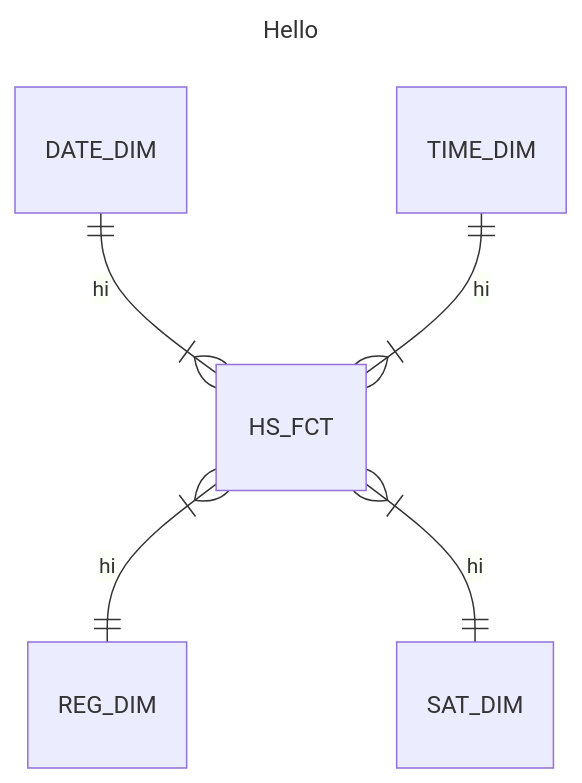
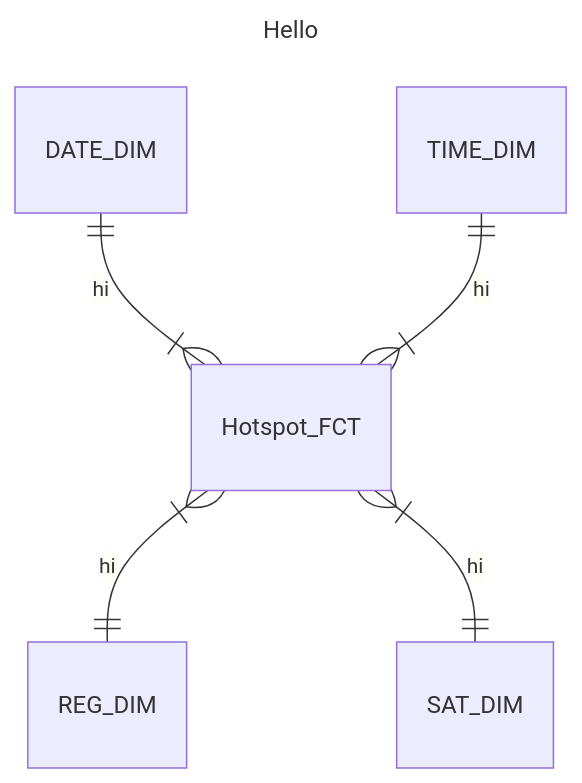
Before and after one commit to El-Manaa/wildfire-etl-platform: the second of 2 diagrams in README.md, drawn with Mermaid.

````diff
--- a/README.md
+++ b/README.md
@@ -60,10 +60,10 @@
 ```mermaid
 ---
     title: Hello
 ---
 erDiagram
-    DATE_DIM ||--|{ HS_FCT : hi
-    TIME_DIM ||--|{ HS_FCT : hi
-    HS_FCT }|--|| REG_DIM : hi
-    HS_FCT }|--|| SAT_DIM : hi
+    DATE_DIM ||--|{ Hotspot_FCT : hi
+    TIME_DIM ||--|{ Hotspot_FCT : hi
+    Hotspot_FCT }|--|| REG_DIM : hi
+    Hotspot_FCT }|--|| SAT_DIM : hi
 ```
````
